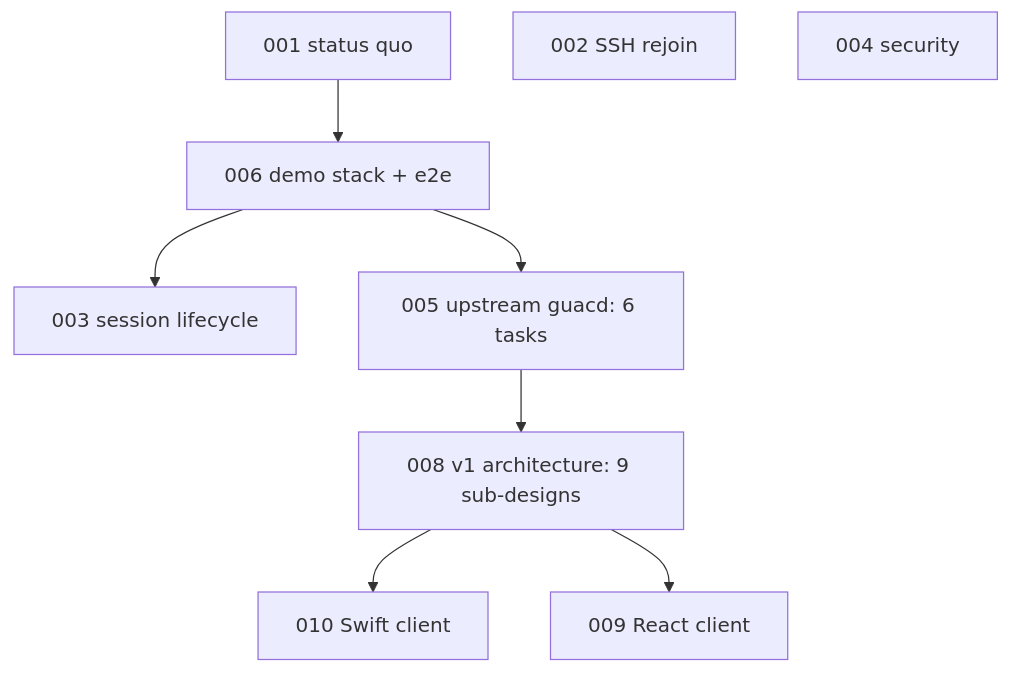
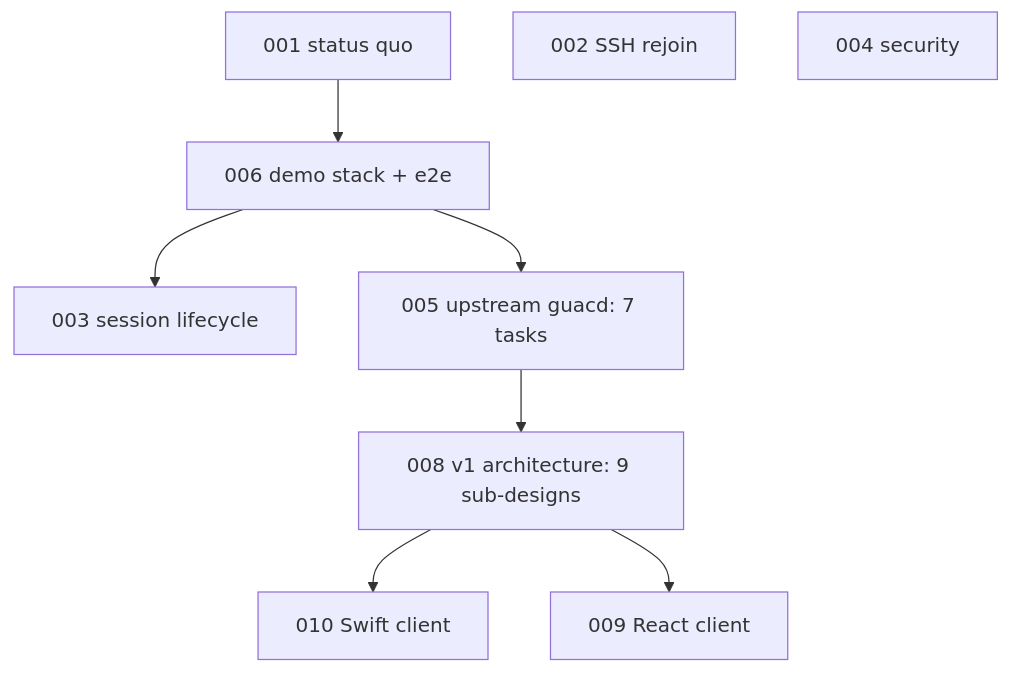
The diagram in specs/README.md (changkun/occamy), drawn with Mermaid before and after one commit. The commit also changed other lines of this file and 7 other files, not shown here.

````diff
--- a/specs/README.md
+++ b/specs/README.md
@@ -84,11 +84,11 @@
 ```mermaid
 flowchart TD
   s001[001 status quo] --> s006[006 demo stack + e2e]
   s006 --> s003[003 session lifecycle]
-  s006 --> s005[005 upstream guacd: 6 tasks]
+  s006 --> s005[005 upstream guacd: 7 tasks]
   s005 --> s008[008 v1 architecture: 9 sub-designs]
   s008 --> s010[010 Swift client]
   s008 --> s009[009 React client]
   s002[002 SSH rejoin]
   s004[004 security]
 ```
````
